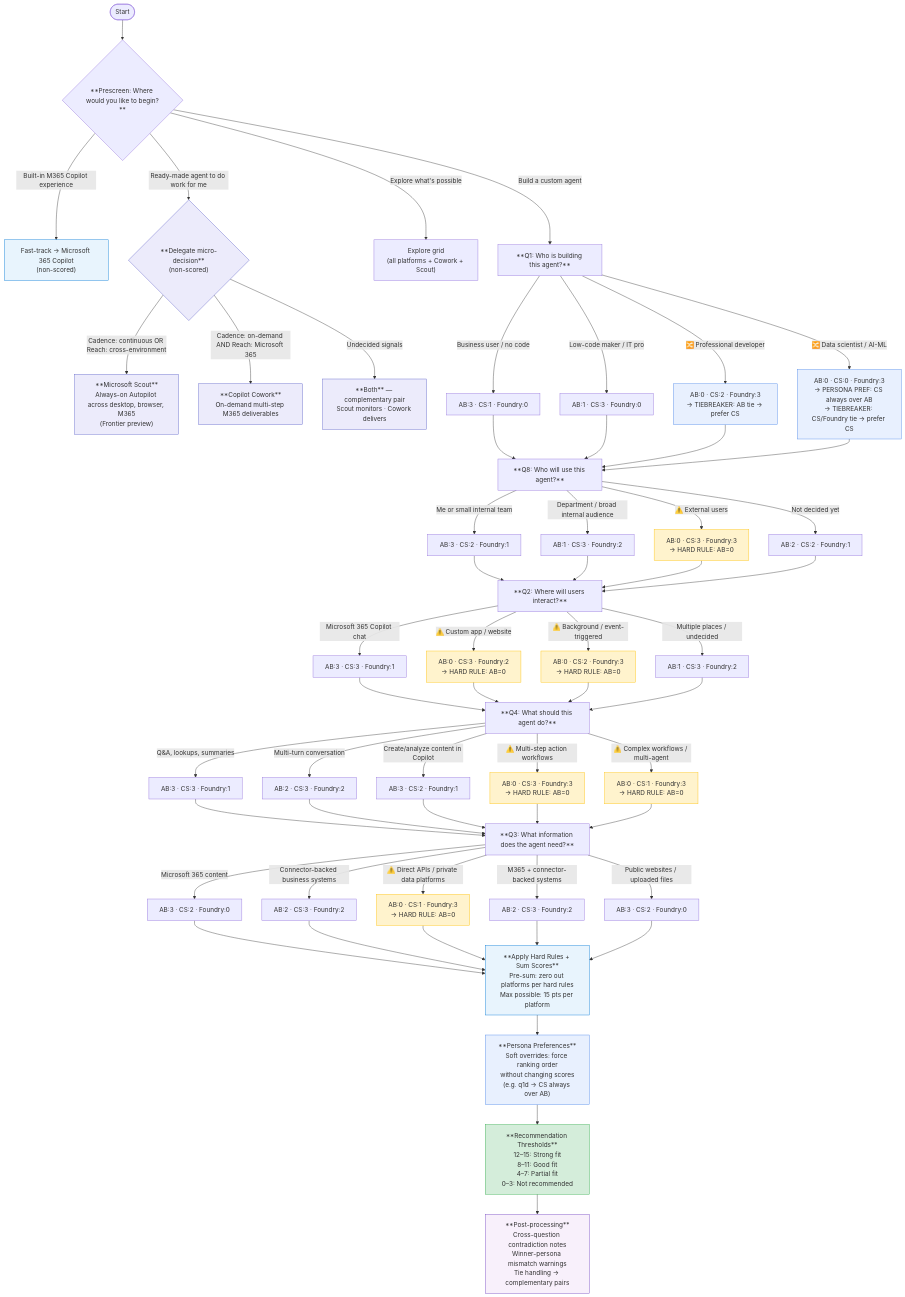
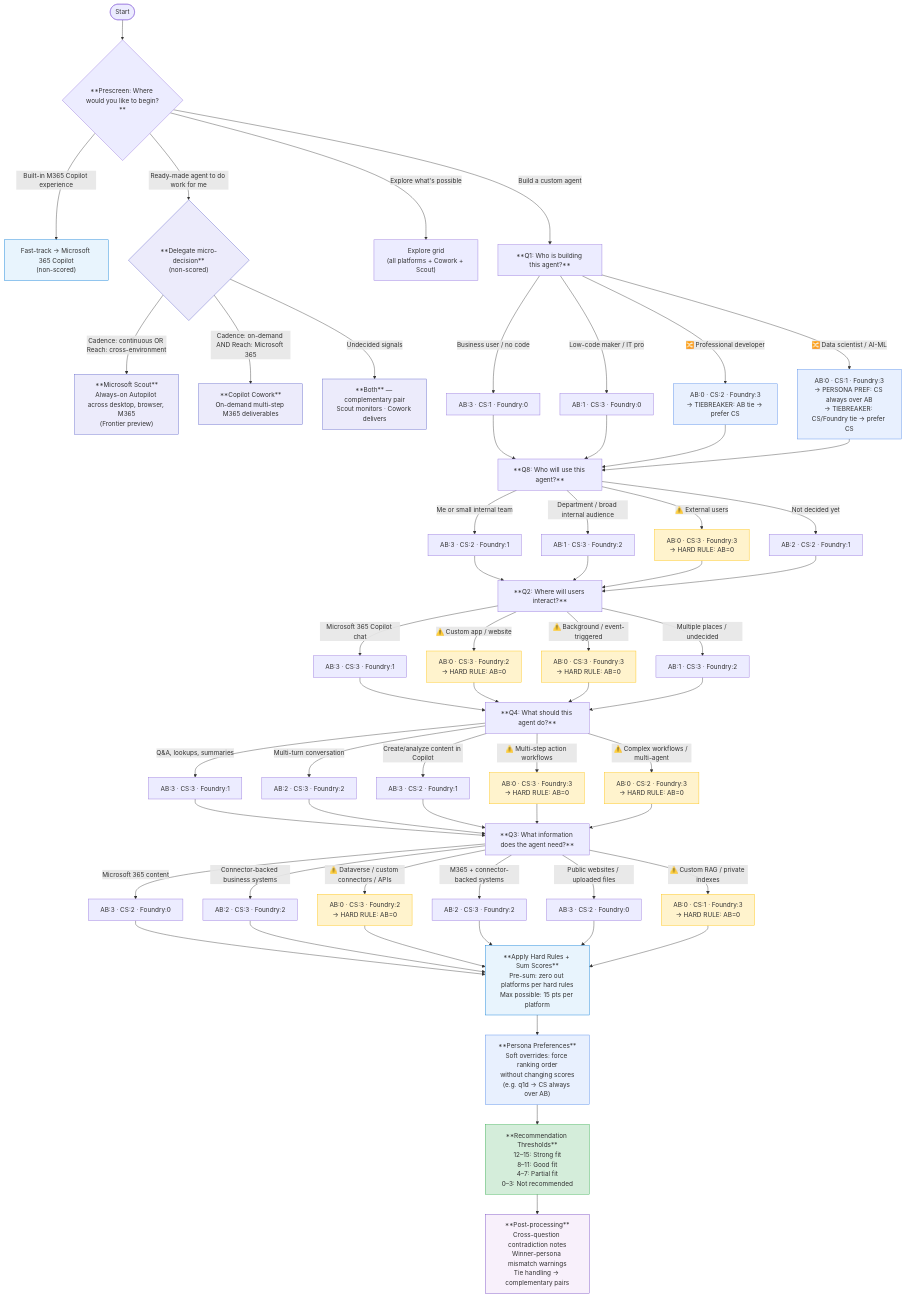
The diagram in docs/FLOWCHART.md (microsoft/AgentPlatformAdvisor), drawn with Mermaid before and after one commit. The commit also changed 3 other files, not shown here.

```diff
--- a/docs/FLOWCHART.md
+++ b/docs/FLOWCHART.md
@@ -15,7 +15,7 @@
     Q1 -->|Business user / no code| Q1A["AB:3 · CS:1 · Foundry:0"]
     Q1 -->|Low-code maker / IT pro| Q1B["AB:1 · CS:3 · Foundry:0"]
     Q1 -->|"🔀 Professional developer"| Q1C["AB:0 · CS:2 · Foundry:3\n→ TIEBREAKER: AB tie → prefer CS"]
-    Q1 -->|"🔀 Data scientist / AI-ML"| Q1D["AB:0 · CS:0 · Foundry:3\n→ PERSONA PREF: CS always over AB\n→ TIEBREAKER: CS/Foundry tie → prefer CS"]
+    Q1 -->|"🔀 Data scientist / AI-ML"| Q1D["AB:0 · CS:1 · Foundry:3\n→ PERSONA PREF: CS always over AB\n→ TIEBREAKER: CS/Foundry tie → prefer CS"]
 
     Q1A & Q1B & Q1C & Q1D --> Q8
 
@@ -30,7 +30,7 @@
     Q2["**Q2: Where will users interact?**"]
     Q2 -->|Microsoft 365 Copilot chat| Q2A["AB:3 · CS:3 · Foundry:1"]
     Q2 -->|"⚠️ Custom app / website"| Q2B["AB:0 · CS:3 · Foundry:2\n→ HARD RULE: AB=0"]
-    Q2 -->|"⚠️ Background / event-triggered"| Q2C["AB:0 · CS:2 · Foundry:3\n→ HARD RULE: AB=0"]
+    Q2 -->|"⚠️ Background / event-triggered"| Q2C["AB:0 · CS:3 · Foundry:3\n→ HARD RULE: AB=0"]
     Q2 -->|Multiple places / undecided| Q2D["AB:1 · CS:3 · Foundry:2"]
 
     Q2A & Q2B & Q2C & Q2D --> Q4
@@ -40,18 +40,19 @@
     Q4 -->|Multi-turn conversation| Q4B["AB:2 · CS:3 · Foundry:2"]
     Q4 -->|Create/analyze content in Copilot| Q4E["AB:3 · CS:2 · Foundry:1"]
     Q4 -->|"⚠️ Multi-step action workflows"| Q4C["AB:0 · CS:3 · Foundry:3\n→ HARD RULE: AB=0"]
-    Q4 -->|"⚠️ Complex workflows / multi-agent"| Q4D["AB:0 · CS:1 · Foundry:3\n→ HARD RULE: AB=0"]
+    Q4 -->|"⚠️ Complex workflows / multi-agent"| Q4D["AB:0 · CS:2 · Foundry:3\n→ HARD RULE: AB=0"]
 
     Q4A & Q4B & Q4E & Q4C & Q4D --> Q3
 
     Q3["**Q3: What information does the agent need?**"]
     Q3 -->|Microsoft 365 content| Q3A["AB:3 · CS:2 · Foundry:0"]
     Q3 -->|Connector-backed business systems| Q3B["AB:2 · CS:3 · Foundry:2"]
-    Q3 -->|"⚠️ Direct APIs / private data platforms"| Q3C["AB:0 · CS:1 · Foundry:3\n→ HARD RULE: AB=0"]
+    Q3 -->|"⚠️ Dataverse / custom connectors / APIs"| Q3C["AB:0 · CS:3 · Foundry:2\n→ HARD RULE: AB=0"]
     Q3 -->|M365 + connector-backed systems| Q3D["AB:2 · CS:3 · Foundry:2"]
     Q3 -->|Public websites / uploaded files| Q3E["AB:3 · CS:2 · Foundry:0"]
+    Q3 -->|"⚠️ Custom RAG / private indexes"| Q3F["AB:0 · CS:1 · Foundry:3\n→ HARD RULE: AB=0"]
 
-    Q3A & Q3B & Q3C & Q3D & Q3E --> SCORE
+    Q3A & Q3B & Q3C & Q3D & Q3E & Q3F --> SCORE
 
     SCORE["**Apply Hard Rules + Sum Scores**\nPre-sum: zero out platforms per hard rules\nMax possible: 15 pts per platform"]
 
@@ -74,6 +75,7 @@
     style Q4C fill:#fff3cd,stroke:#ffc107
     style Q4D fill:#fff3cd,stroke:#ffc107
     style Q3C fill:#fff3cd,stroke:#ffc107
+    style Q3F fill:#fff3cd,stroke:#ffc107
     style SCORE fill:#e8f4fd,stroke:#0078D4
     style PREF fill:#e8f0fe,stroke:#4a86e8
     style RESULT fill:#d4edda,stroke:#28a745
```
